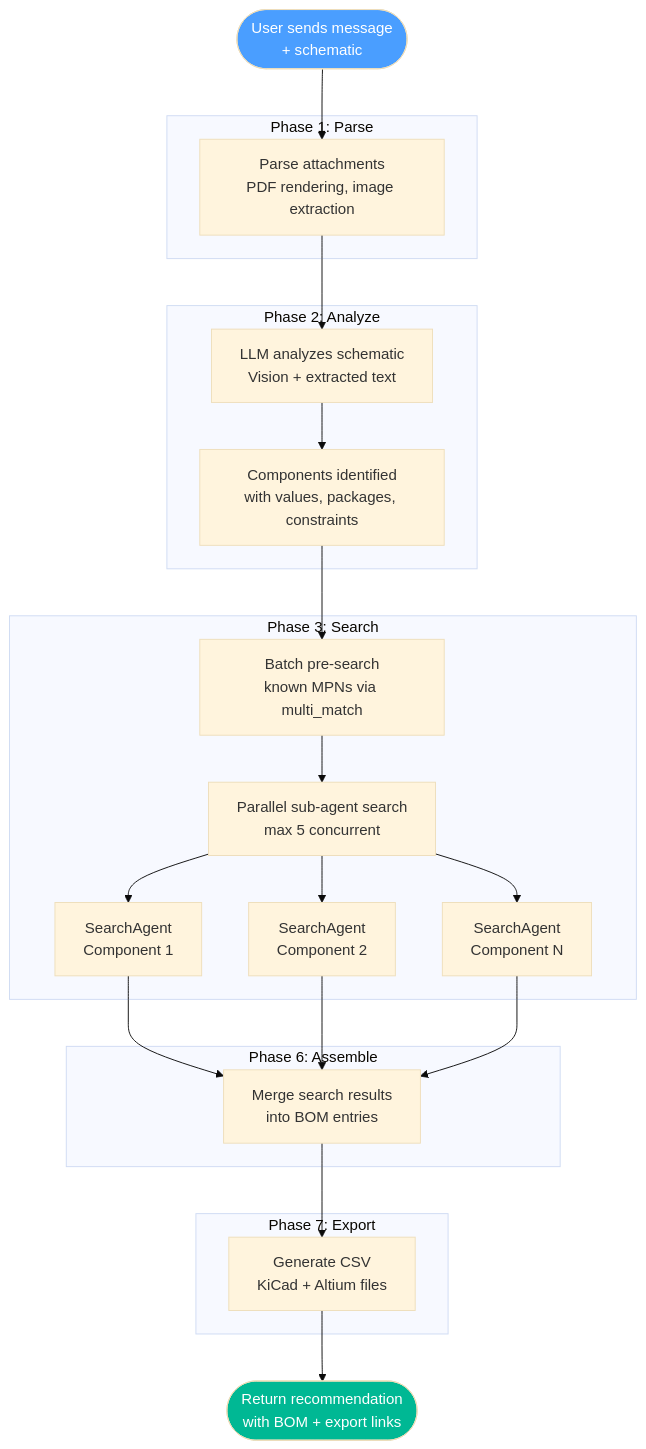
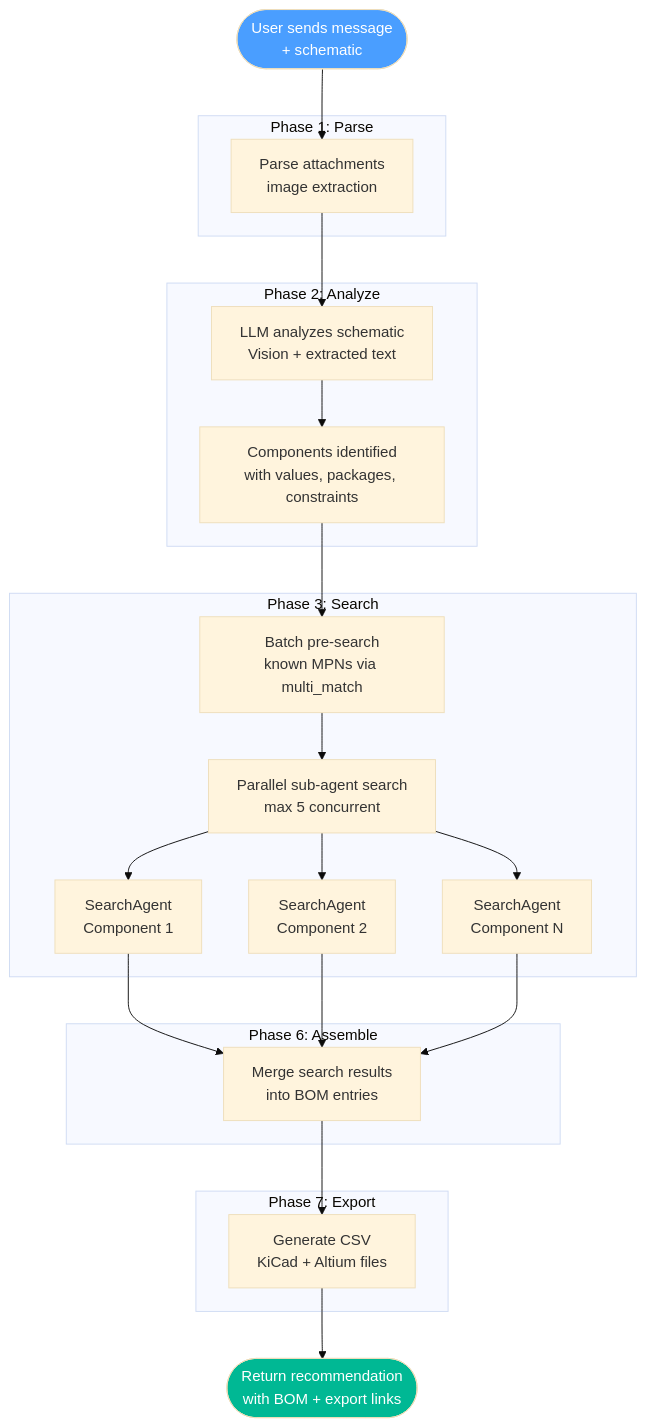
The second of 5 diagrams in README.md (MrFishPL/zane), drawn with Mermaid (base theme) before and after one commit. The commit also changed other lines of this file and 6 other files, not shown here.

````diff
--- a/README.md
+++ b/README.md
@@ -96,42 +96,42 @@
 ```mermaid
 flowchart TD
     START([User sends message<br/>+ schematic]) --> P1
 
     subgraph Phase 1: Parse
-        P1[Parse attachments<br/>PDF rendering, image extraction]
+        P1[Parse attachments<br/>image extraction]
     end
 
     P1 --> P2
 
     subgraph Phase 2: Analyze
         P2[LLM analyzes schematic<br/>Vision + extracted text]
         P2 --> COMP[Components identified<br/>with values, packages, constraints]
     end
 
     COMP --> P3
 
     subgraph Phase 3: Search
         P3[Batch pre-search<br/>known MPNs via multi_match]
         P3 --> PAR[Parallel sub-agent search<br/>max 5 concurrent]
         PAR --> SA1[SearchAgent<br/>Component 1]
         PAR --> SA2[SearchAgent<br/>Component 2]
         PAR --> SAN[SearchAgent<br/>Component N]
     end
 
     SA1 & SA2 & SAN --> P6
 
     subgraph Phase 6: Assemble
         P6[Merge search results<br/>into BOM entries]
     end
 
     P6 --> P7
 
     subgraph Phase 7: Export
         P7[Generate CSV<br/>KiCad + Altium files]
     end
 
     P7 --> RESULT([Return recommendation<br/>with BOM + export links])
 
     style START fill:#4a9eff,color:#fff
     style RESULT fill:#00b894,color:#fff
 ```
````
